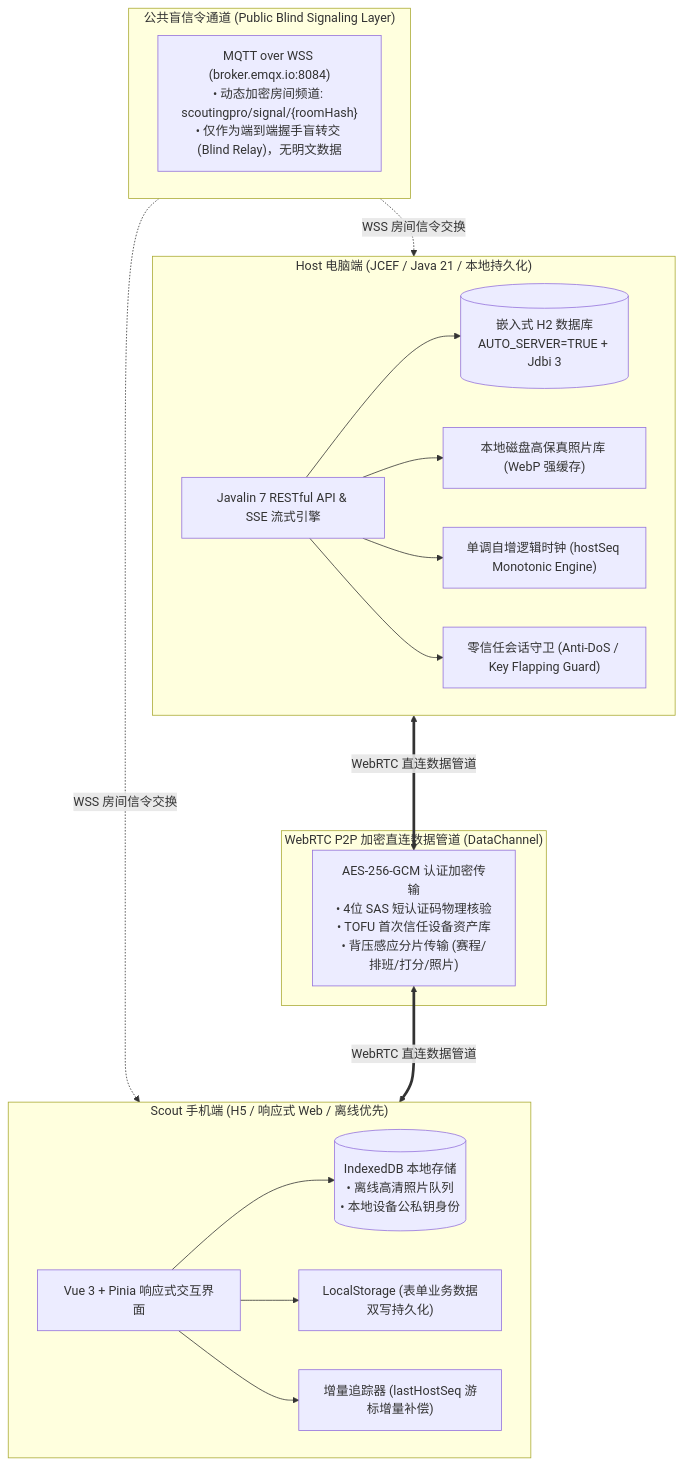
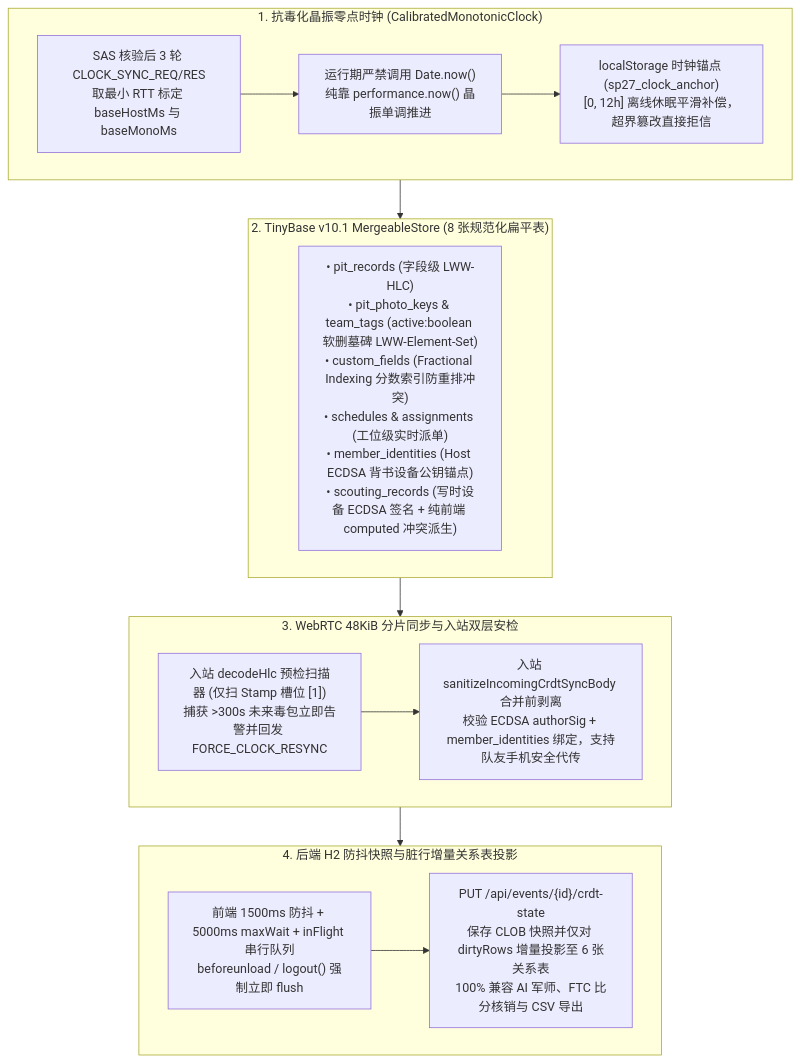
The first of 2 diagrams in README.md (Lucalmz/ScoutingPro27), drawn with Mermaid before and after one commit. The commit also changed other lines of this file and 79 other files, not shown here.

Commit message:
feat(crdt,hlc,webrtc,docs): implement TinyBase CRDT+HLC P2P sync, ECDSA signing, host epoch fencing, disaster-recovery E2E, and overhaul bilingual READMEs

````diff
--- a/README.md
+++ b/README.md
@@ -331,39 +137,27 @@
 ```mermaid
 flowchart TB
-    subgraph Signaling["公共盲信令通道 (Public Blind Signaling Layer)"]
-        MQTT["MQTT over WSS (broker.emqx.io:8084)<br/>• 动态加密房间频道: scoutingpro/signal/{roomHash}<br/>• 仅作为端到端握手盲转交 (Blind Relay)，无明文数据"]
+    subgraph ClockLayer["1. 抗毒化晶振零点时钟 (CalibratedMonotonicClock)"]
+        RTT["SAS 核验后 3 轮 CLOCK_SYNC_REQ/RES<br/>取最小 RTT 标定 baseHostMs 与 baseMonoMs"]
+        Mono["运行期严禁调用 Date.now()<br/>纯靠 performance.now() 晶振单调推进"]
+        Anchor["localStorage 时钟锚点 (sp27_clock_anchor)<br/>[0, 12h] 离线休眠平滑补偿，超界篡改直接拒信"]
+        RTT --> Mono --> Anchor
     end
 
-    subgraph HostApp["Host 电脑端 (JCEF / Java 21 / 本地持久化)"]
-        Javalin["Javalin 7 RESTful API & SSE 流式引擎"]
-        H2DB[("嵌入式 H2 数据库<br/>AUTO_SERVER=TRUE + Jdbi 3")]
-        PhotoStorage["本地磁盘高保真照片库 (WebP 强缓存)"]
-        HostSeqEngine["单调自增逻辑时钟 (hostSeq Monotonic Engine)"]
-        HostSafety["零信任会话守卫 (Anti-DoS / Key Flapping Guard)"]
-        
-        Javalin --> H2DB
-        Javalin --> PhotoStorage
-        Javalin --> HostSeqEngine
-        Javalin --> HostSafety
+    subgraph CrdtLayer["2. TinyBase v10.1 MergeableStore (8 张规范化扁平表)"]
+        Tables["• pit_records (字段级 LWW-HLC)<br/>• pit_photo_keys & team_tags (active:boolean 软删墓碑 LWW-Element-Set)<br/>• custom_fields (Fractional Indexing 分数索引防重排冲突)<br/>• schedules & assignments (工位级实时派单)<br/>• member_identities (Host ECDSA 背书设备公钥锚点)<br/>• scouting_records (写时设备 ECDSA 签名 + 纯前端 computed 冲突派生)"]
     end
 
-    subgraph P2PPipe["WebRTC P2P 加密直连数据管道 (DataChannel)"]
-        DirectPipe["AES-256-GCM 认证加密传输<br/>• 4位 SAS 短认证码物理核验<br/>• TOFU 首次信任设备资产库<br/>• 背压感应分片传输 (赛程/排班/打分/照片)"]
+    subgraph SyncGuard["3. WebRTC 48KiB 分片同步与入站双层安检"]
+        HlcScan["入站 decodeHlc 预检扫描器 (仅扫 Stamp 槽位 [1])<br/>捕获 >300s 未来毒包立即告警并回发 FORCE_CLOCK_RESYNC"]
+        SigVerify["入站 sanitizeIncomingCrdtSyncBody 合并前剥离<br/>校验 ECDSA authorSig + member_identities 绑定，支持队友手机安全代传"]
+        HlcScan --> SigVerify
     end
 
-    subgraph ClientNode["Scout 手机端 (H5 / 响应式 Web / 离线优先)"]
-        ScoutUI["Vue 3 + Pinia 响应式交互界面"]
-        IDBCache[("IndexedDB 本地存储<br/>• 离线高清照片队列<br/>• 本地设备公私钥身份")]
-        LSCache["LocalStorage (表单业务数据双写持久化)"]
-        CursorSync["增量追踪器 (lastHostSeq 游标增量补偿)"]
-        
-        ScoutUI --> IDBCache
-        ScoutUI --> LSCache
-        ScoutUI --> CursorSync
+    subgraph H2Project["4. 后端 H2 防抖快照与脏行增量关系表投影"]
+        Debounce["前端 1500ms 防抖 + 5000ms maxWait + inFlight 串行队列<br/>beforeunload / logout() 强制立即 flush"]
+        DirtyProj["PUT /api/events/{id}/crdt-state<br/>保存 CLOB 快照并仅对 dirtyRows 增量投影至 6 张关系表<br/>100% 兼容 AI 军师、FTC 比分核销与 CSV 导出"]
+        Debounce --> DirtyProj
     end
 
-    Signaling -.->|WSS 房间信令交换| HostApp
-    Signaling -.->|WSS 房间信令交换| ClientNode
-    HostApp <===>|WebRTC 直连数据管道| DirectPipe
-    DirectPipe <===>|WebRTC 直连数据管道| ClientNode
+    ClockLayer --> CrdtLayer --> SyncGuard --> H2Project
 ```
````
